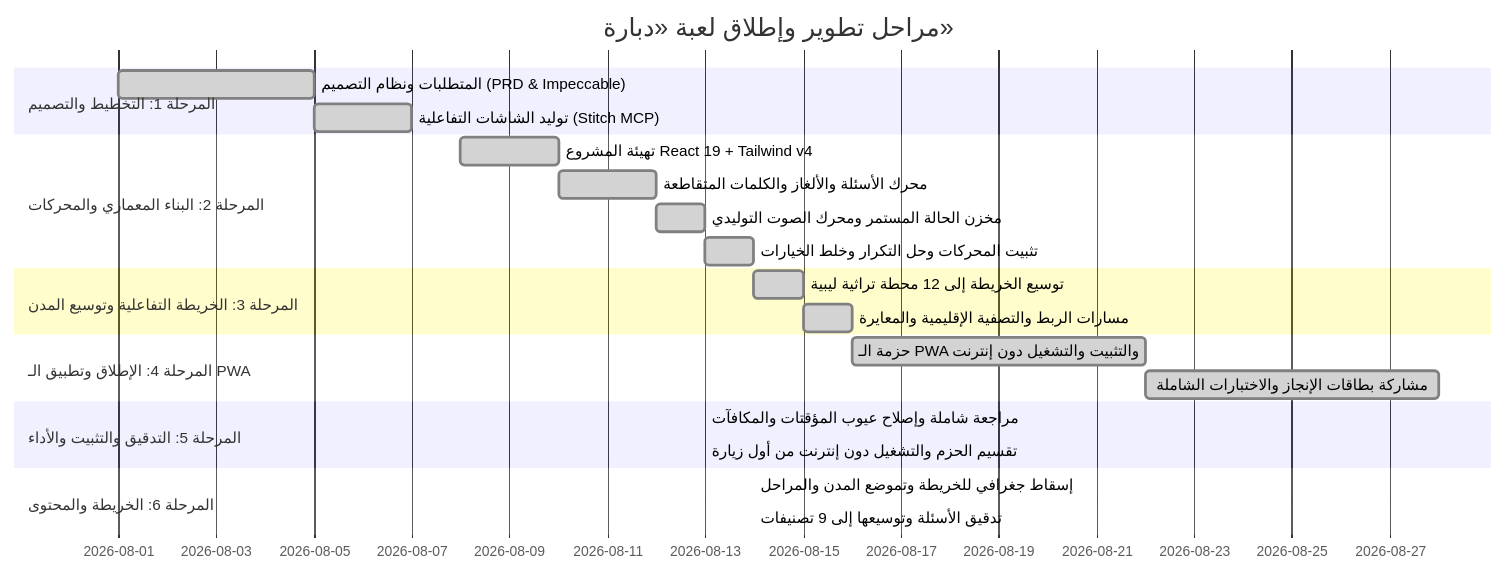
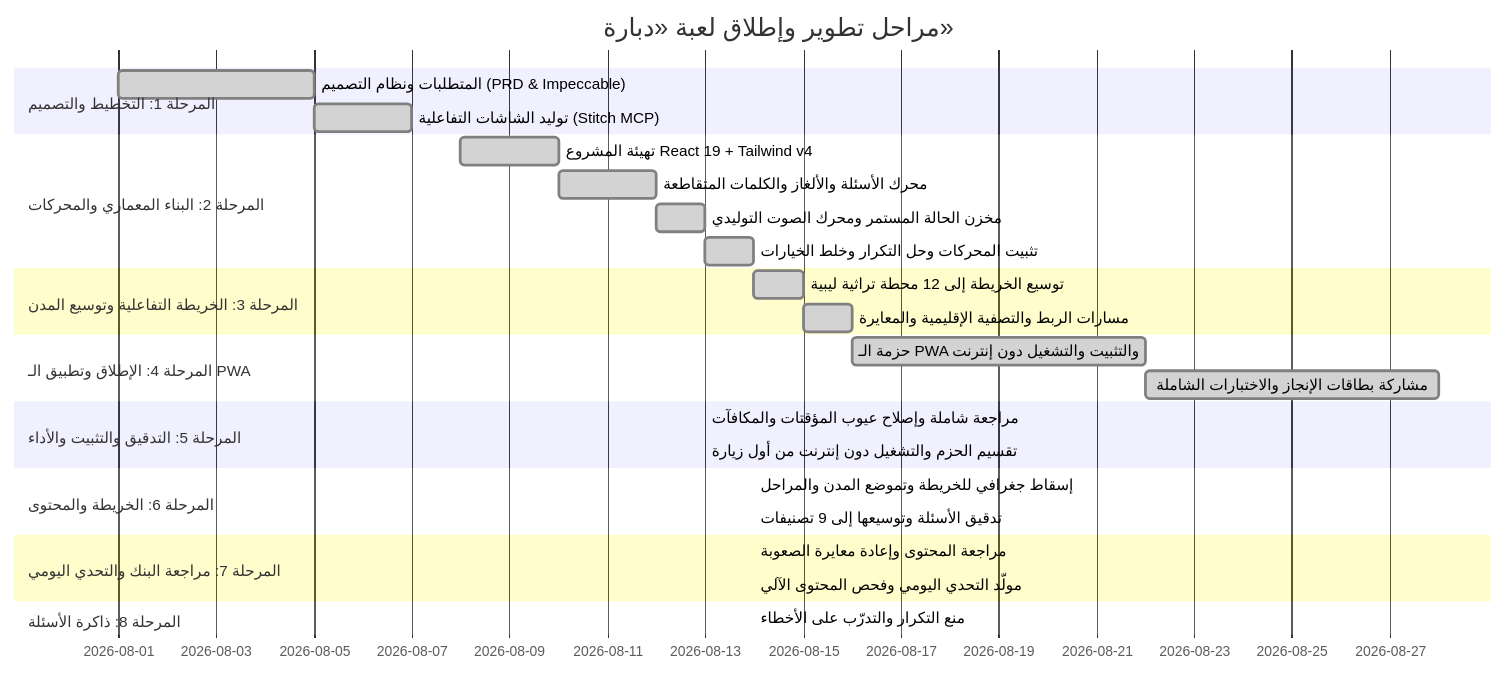
Before and after one commit to malgaroshy-maker/Dbara-game: the diagram in roadmap.md, drawn with Mermaid. The commit also changed other lines of this file and 3 other files, not shown here.

````diff
--- a/roadmap.md
+++ b/roadmap.md
@@ -7,25 +7,30 @@
 ```mermaid
 gantt
     title مراحل تطوير وإطلاق لعبة «دبارة»
     dateFormat  YYYY-MM-DD
     section المرحلة 1: التخطيط والتصميم
     المتطلبات ونظام التصميم (PRD & Impeccable) :done, des1, 2026-08-01, 2026-08-05
     توليد الشاشات التفاعلية (Stitch MCP)      :done, des2, 2026-08-05, 2026-08-07
     section المرحلة 2: البناء المعماري والمحركات
     تهيئة المشروع React 19 + Tailwind v4      :done, dev1, 2026-08-08, 2026-08-10
     محرك الأسئلة والألغاز والكلمات المتقاطعة  :done, dev2, 2026-08-10, 2026-08-12
     مخزن الحالة المستمر ومحرك الصوت التوليدي :done, dev3, 2026-08-12, 2026-08-13
     تثبيت المحركات وحل التكرار وخلط الخيارات  :done, dev4, 2026-08-13, 2026-08-14
     section المرحلة 3: الخريطة التفاعلية وتوسيع المدن
     توسيع الخريطة إلى 12 محطة تراثية ليبية    :done, map1, 2026-08-14, 2026-08-15
     مسارات الربط والتصفية الإقليمية والمعايرة :done, map2, 2026-08-15, 2026-08-16
     section المرحلة 4: الإطلاق وتطبيق الـ PWA
     حزمة الـ PWA والتثبيت والتشغيل دون إنترنت :done, pwa1, 2026-08-16, 2026-08-22
     مشاركة بطاقات الإنجاز والاختبارات الشاملة :done, pwa2, 2026-08-22, 2026-08-28
     section المرحلة 5: التدقيق والتثبيت والأداء
     مراجعة شاملة وإصلاح عيوب المؤقتات والمكافآت :done, qa1, 2026-08-13, 2026-08-13
     تقسيم الحزم والتشغيل دون إنترنت من أول زيارة :done, qa2, 2026-08-13, 2026-08-13
     section المرحلة 6: الخريطة والمحتوى
     إسقاط جغرافي للخريطة وتموضع المدن والمراحل  :done, map3, 2026-08-14, 2026-08-14
     تدقيق الأسئلة وتوسيعها إلى 9 تصنيفات         :done, cnt1, 2026-08-14, 2026-08-14
+    section المرحلة 7: مراجعة البنك والتحدي اليومي
+    مراجعة المحتوى وإعادة معايرة الصعوبة        :done, cnt2, 2026-08-14, 2026-08-14
+    مولّد التحدي اليومي وفحص المحتوى الآلي       :done, cnt3, 2026-08-14, 2026-08-14
+    section المرحلة 8: ذاكرة الأسئلة
+    منع التكرار والتدرّب على الأخطاء            :done, mem1, 2026-08-14, 2026-08-14
 ```
````
